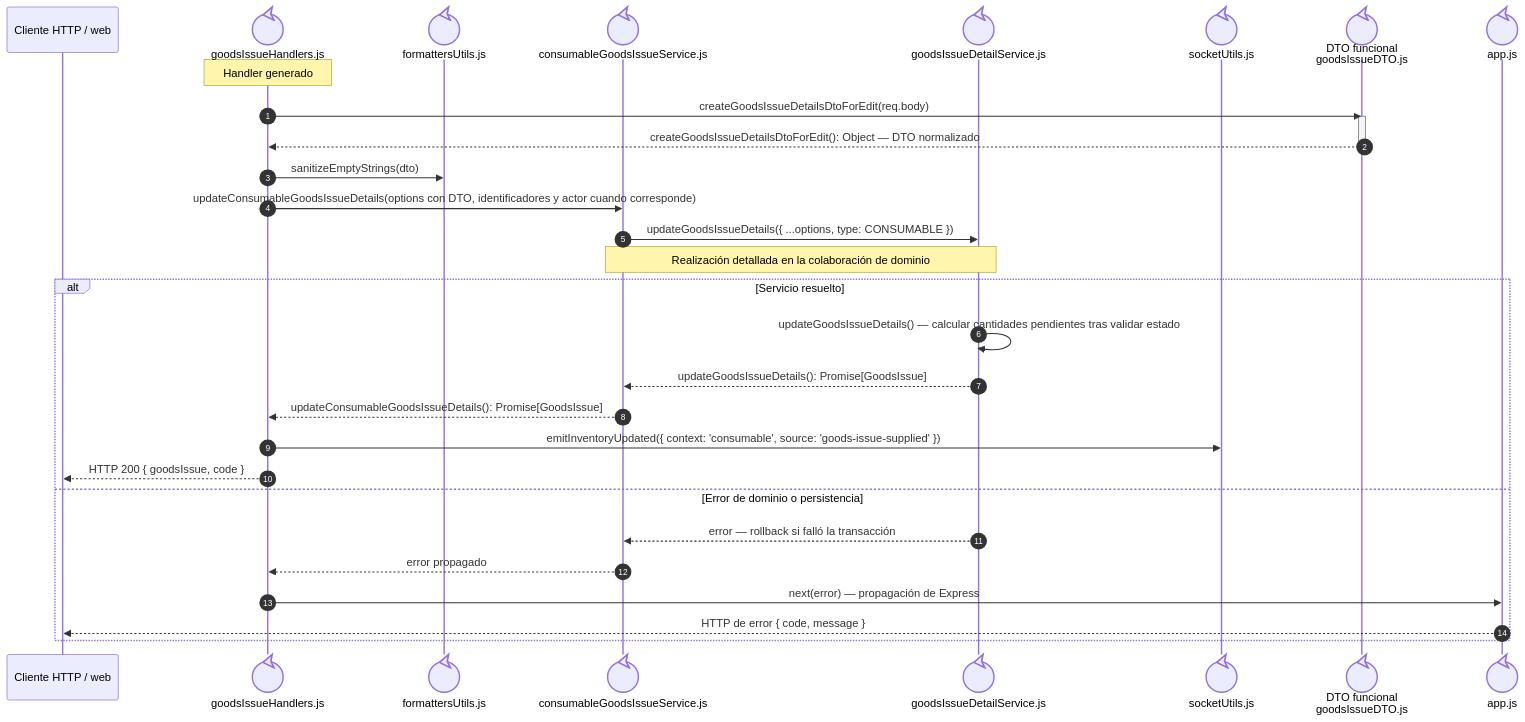
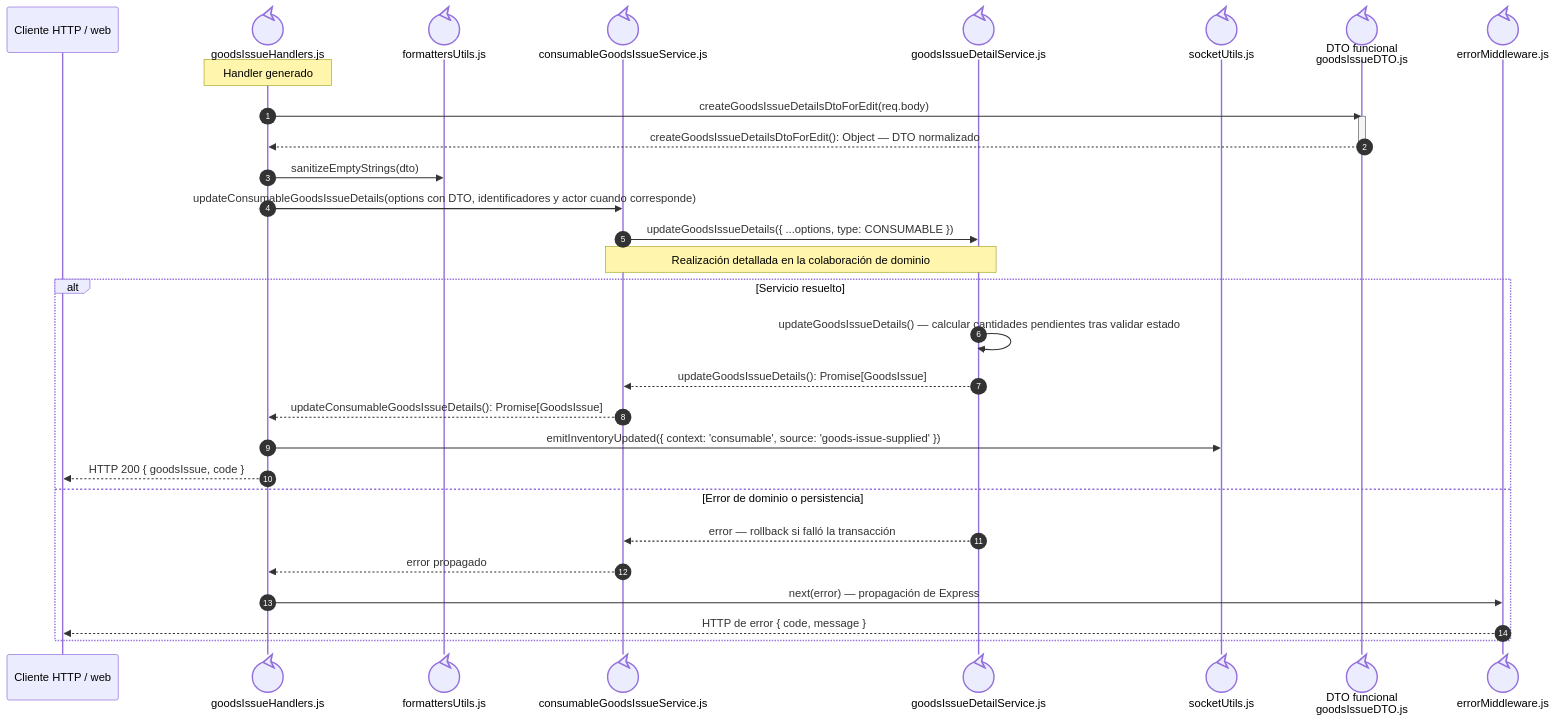
Before and after one commit to gpgsistemas01/nexus: the third of 6 diagrams in back/docs/architecture/views/processes/backend-code-sequences/issues/cu-sal-19.md, drawn with Mermaid. The commit also changed other lines of this file and 114 other files, not shown here.

````diff
--- a/back/docs/architecture/views/processes/backend-code-sequences/issues/cu-sal-19.md
+++ b/back/docs/architecture/views/processes/backend-code-sequences/issues/cu-sal-19.md
@@ -120,34 +120,34 @@
 ```mermaid
 sequenceDiagram
     autonumber
     participant Client as Cliente HTTP / web
     participant Controller@{ "type": "control" } as goodsIssueHandlers.js
     participant Formatter@{ "type": "control" } as formattersUtils.js
     participant Facade@{ "type": "control" } as consumableGoodsIssueService.js
     participant Core@{ "type": "control" } as goodsIssueDetailService.js
     participant Socket@{ "type": "control" } as socketUtils.js
     participant DTO@{ "type": "control" } as DTO funcional<br/>goodsIssueDTO.js
-    participant ErrorHandler@{ "type": "control" } as app.js
+    participant ErrorHandler@{ "type": "control" } as errorMiddleware.js
 
     Note over Controller: Handler generado
     Controller->>DTO: createGoodsIssueDetailsDtoForEdit(req.body)
     activate DTO
     DTO-->>Controller: createGoodsIssueDetailsDtoForEdit(): Object — DTO normalizado
     deactivate DTO
     Controller->>Formatter: sanitizeEmptyStrings(dto)
     Controller->>Facade: updateConsumableGoodsIssueDetails(options con DTO, identificadores y actor cuando corresponde)
     Facade->>Core: updateGoodsIssueDetails({ ...options, type: CONSUMABLE })
     Note over Facade,Core: Realización detallada en la colaboración de dominio
     alt Servicio resuelto
         Core->>Core: updateGoodsIssueDetails() — calcular cantidades pendientes tras validar estado
         Core-->>Facade: updateGoodsIssueDetails(): Promise[GoodsIssue]
         Facade-->>Controller: updateConsumableGoodsIssueDetails(): Promise[GoodsIssue]
         Controller->>Socket: emitInventoryUpdated({ context: 'consumable', source: 'goods-issue-supplied' })
         Controller-->>Client: HTTP 200 { goodsIssue, code }
     else Error de dominio o persistencia
         Core-->>Facade: error — rollback si falló la transacción
         Facade-->>Controller: error propagado
         Controller->>ErrorHandler: next(error) — propagación de Express
         ErrorHandler-->>Client: HTTP de error { code, message }
     end
 ```
````
